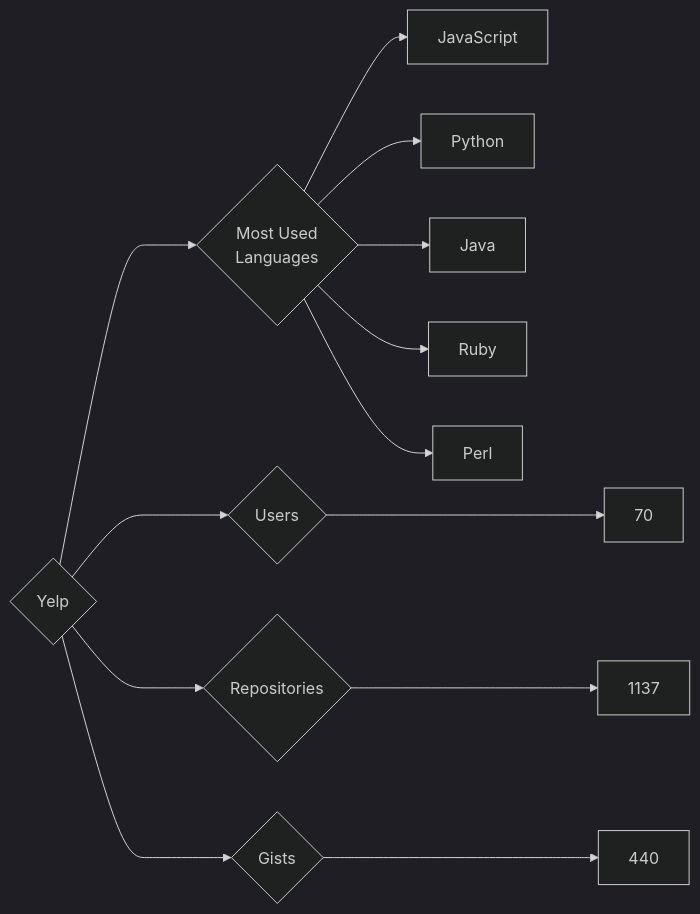
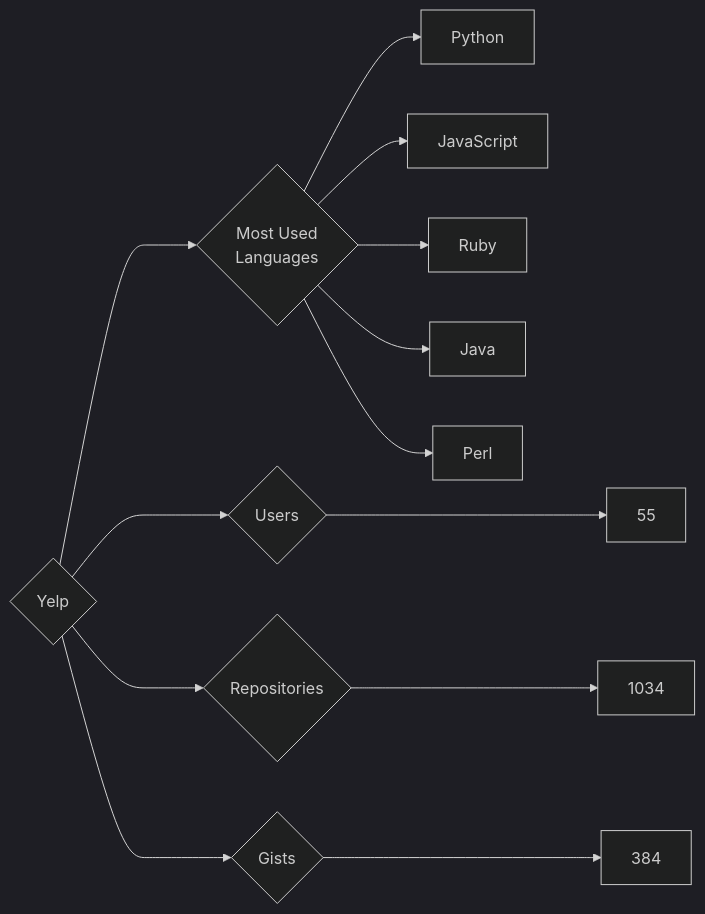
One commit to trickest/insiders changed the diagram in targets/Yelp/README.md. Above: the diagram before and after it, drawn with Mermaid (dark theme). The commit also changed 765 other files, not shown here.

````diff
--- a/targets/Yelp/README.md
+++ b/targets/Yelp/README.md
@@ -3,13 +3,13 @@
 ```mermaid
 graph LR
 COMPANY_NAME{Yelp}
-COMPANY_NAME ---> U{Users} ---> UN[70]
-COMPANY_NAME ---> R{Repositories} ---> RN[1137]
-COMPANY_NAME ---> G{Gists} ---> GN[440]
+COMPANY_NAME ---> U{Users} ---> UN[55]
+COMPANY_NAME ---> R{Repositories} ---> RN[1034]
+COMPANY_NAME ---> G{Gists} ---> GN[384]
 COMPANY_NAME ---> ML{Most Used<br>Languages}
+ML --> Python[Python]
 ML --> JavaScript[JavaScript]
-ML --> Python[Python]
+ML --> Ruby[Ruby]
 ML --> Java[Java]
-ML --> Ruby[Ruby]
 ML --> Perl[Perl]
 ```
````
